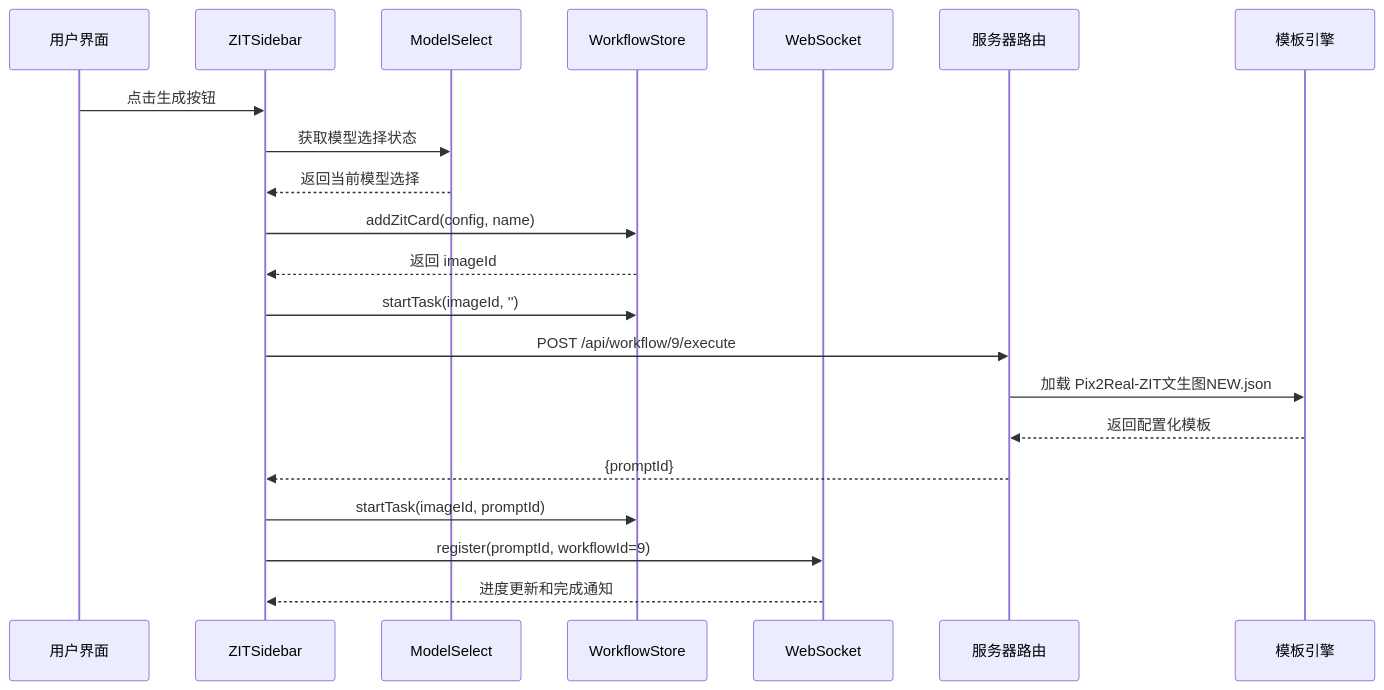
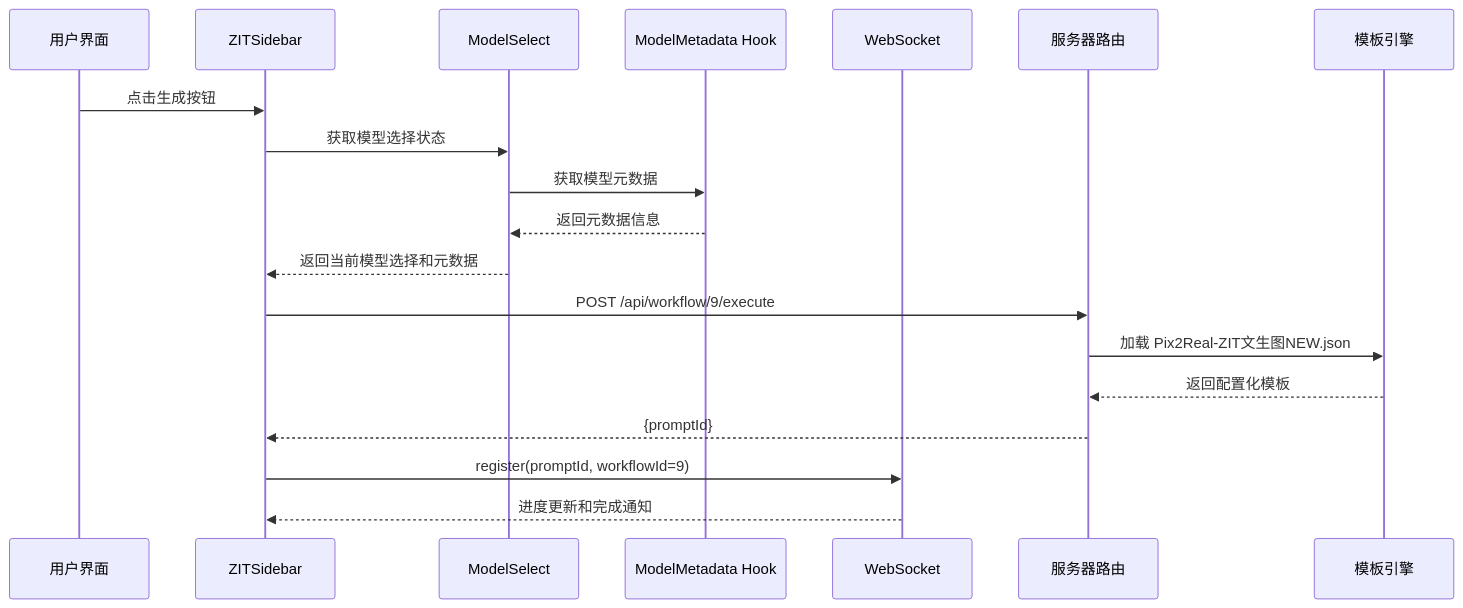
The second of 9 diagrams in .qoder/repowiki/zh/content/用户界面组件/控制面板组件/ZIT快出侧边栏.md (billye220670/CorineKit_Pix2Real), drawn with Mermaid before and after one commit. The commit also changed other lines of this file and 11 other files, not shown here.

````diff
--- a/.qoder/repowiki/zh/content/用户界面组件/控制面板组件/ZIT快出侧边栏.md
+++ b/.qoder/repowiki/zh/content/用户界面组件/控制面板组件/ZIT快出侧边栏.md
@@ -130,23 +150,21 @@
 ```mermaid
 sequenceDiagram
 participant U as 用户界面
 participant Z as ZITSidebar
 participant MS as ModelSelect
-participant W as WorkflowStore
+participant MM as ModelMetadata Hook
 participant S as WebSocket
 participant R as 服务器路由
 participant T as 模板引擎
 U->>Z : 点击生成按钮
 Z->>MS : 获取模型选择状态
-MS-->>Z : 返回当前模型选择
-Z->>W : addZitCard(config, name)
-W-->>Z : 返回 imageId
-Z->>W : startTask(imageId, '')
+MS->>MM : 获取模型元数据
+MM-->>MS : 返回元数据信息
+MS-->>Z : 返回当前模型选择和元数据
 Z->>R : POST /api/workflow/9/execute
 R->>T : 加载 Pix2Real-ZIT文生图NEW.json
 T-->>R : 返回配置化模板
 R-->>Z : {promptId}
-Z->>W : startTask(imageId, promptId)
 Z->>S : register(promptId, workflowId=9)
 S-->>Z : 进度更新和完成通知
 ```
````
